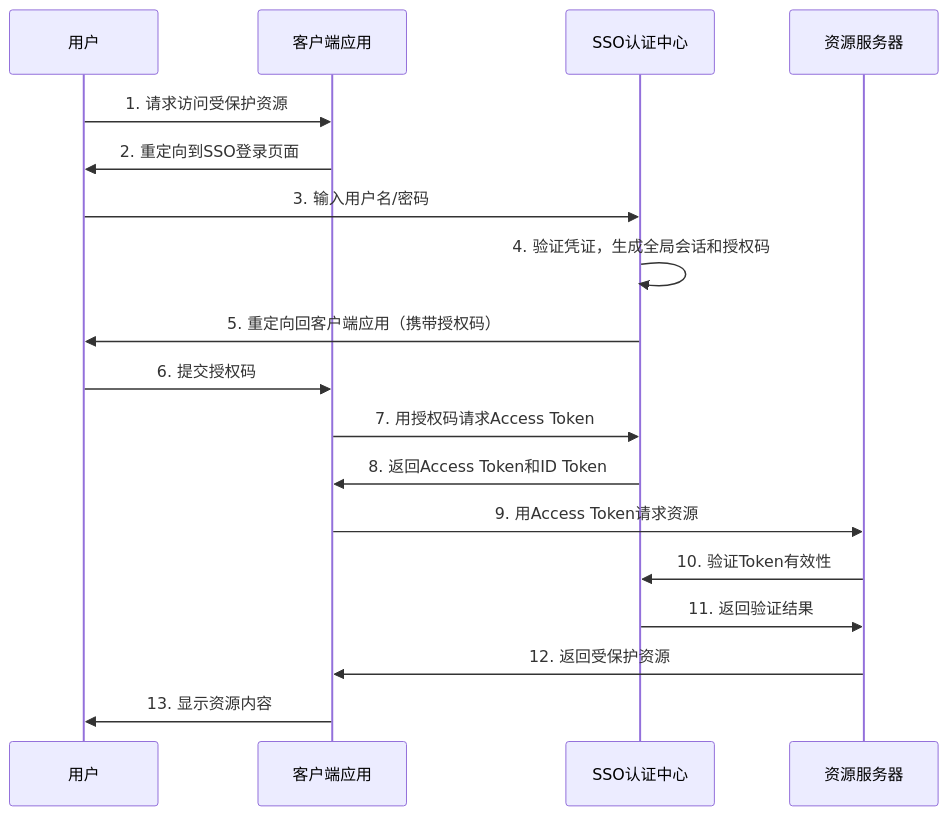
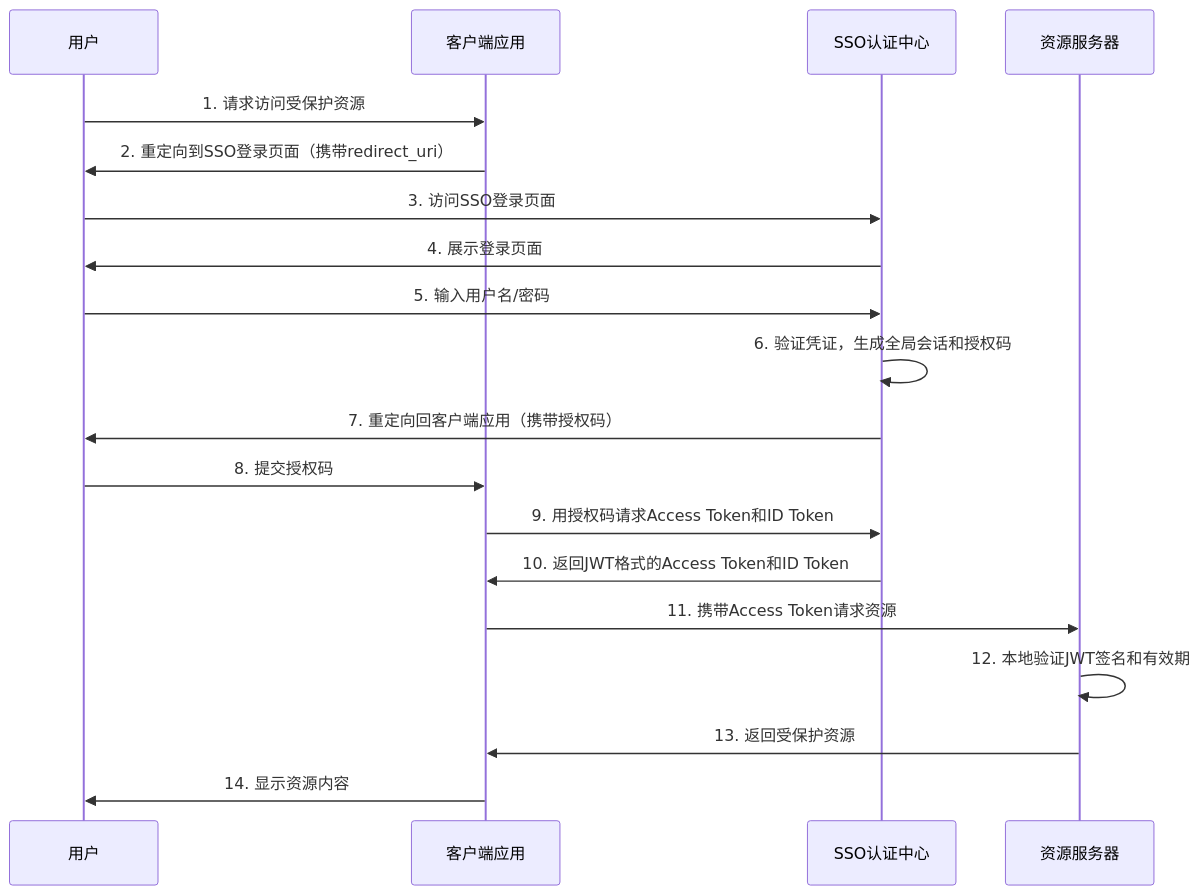
Before and after one commit to rushairer/sso: the first of 3 diagrams in docs/功能设计.md, drawn with Mermaid. The commit also changed other lines of this file, not shown here.

````diff
--- a/docs/功能设计.md
+++ b/docs/功能设计.md
@@ -37,21 +47,22 @@
 ```mermaid
 sequenceDiagram
     participant 用户
     participant 客户端应用
     participant SSO认证中心
     participant 资源服务器
 
     用户->>客户端应用: 1. 请求访问受保护资源
-    客户端应用->>用户: 2. 重定向到SSO登录页面
-    用户->>SSO认证中心: 3. 输入用户名/密码
-    SSO认证中心->>SSO认证中心: 4. 验证凭证，生成全局会话和授权码
-    SSO认证中心->>用户: 5. 重定向回客户端应用（携带授权码）
-    用户->>客户端应用: 6. 提交授权码
-    客户端应用->>SSO认证中心: 7. 用授权码请求Access Token
-    SSO认证中心->>客户端应用: 8. 返回Access Token和ID Token
-    客户端应用->>资源服务器: 9. 用Access Token请求资源
-    资源服务器->>SSO认证中心: 10. 验证Token有效性
-    SSO认证中心->>资源服务器: 11. 返回验证结果
-    资源服务器->>客户端应用: 12. 返回受保护资源
-    客户端应用->>用户: 13. 显示资源内容
+    客户端应用->>用户: 2. 重定向到SSO登录页面（携带redirect_uri）
+    用户->>SSO认证中心: 3. 访问SSO登录页面
+    SSO认证中心->>用户: 4. 展示登录页面
+    用户->>SSO认证中心: 5. 输入用户名/密码
+    SSO认证中心->>SSO认证中心: 6. 验证凭证，生成全局会话和授权码
+    SSO认证中心->>用户: 7. 重定向回客户端应用（携带授权码）
+    用户->>客户端应用: 8. 提交授权码
+    客户端应用->>SSO认证中心: 9. 用授权码请求Access Token和ID Token
+    SSO认证中心->>客户端应用: 10. 返回JWT格式的Access Token和ID Token
+    客户端应用->>资源服务器: 11. 携带Access Token请求资源
+    资源服务器->>资源服务器: 12. 本地验证JWT签名和有效期
+    资源服务器->>客户端应用: 13. 返回受保护资源
+    客户端应用->>用户: 14. 显示资源内容
 ```
````
